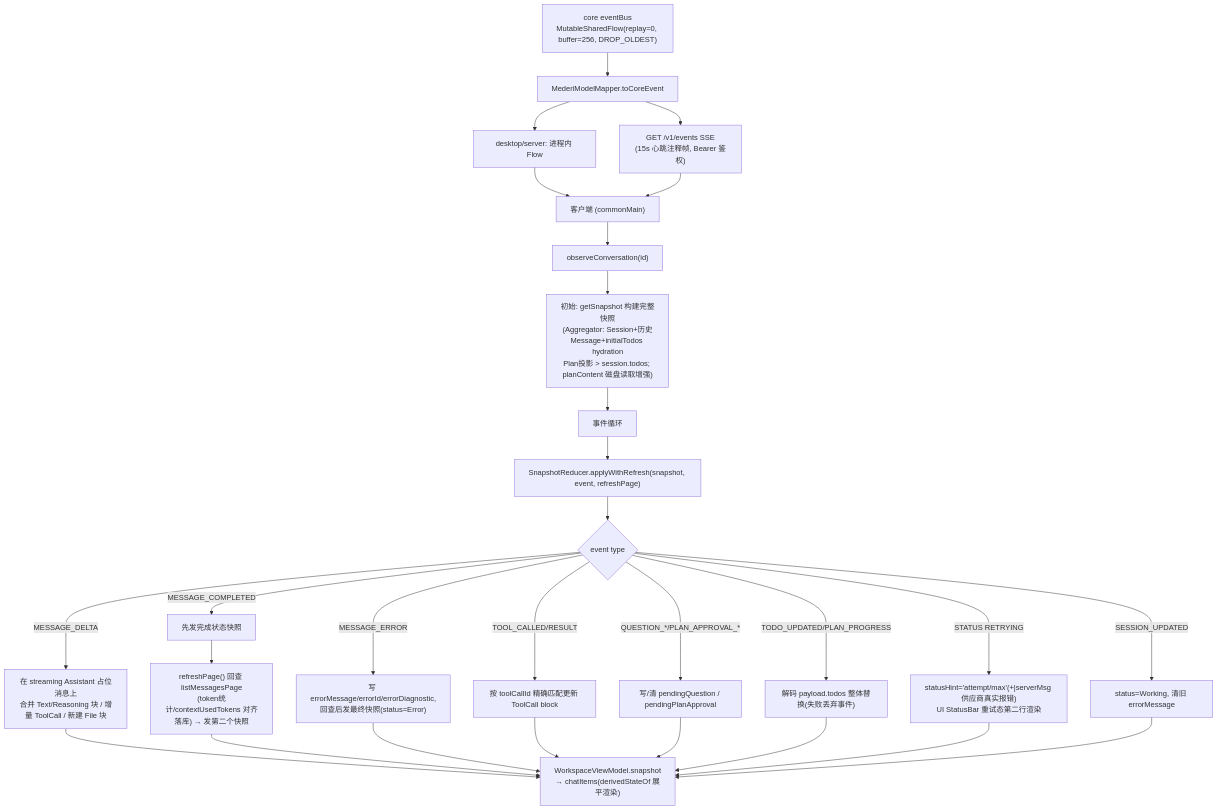
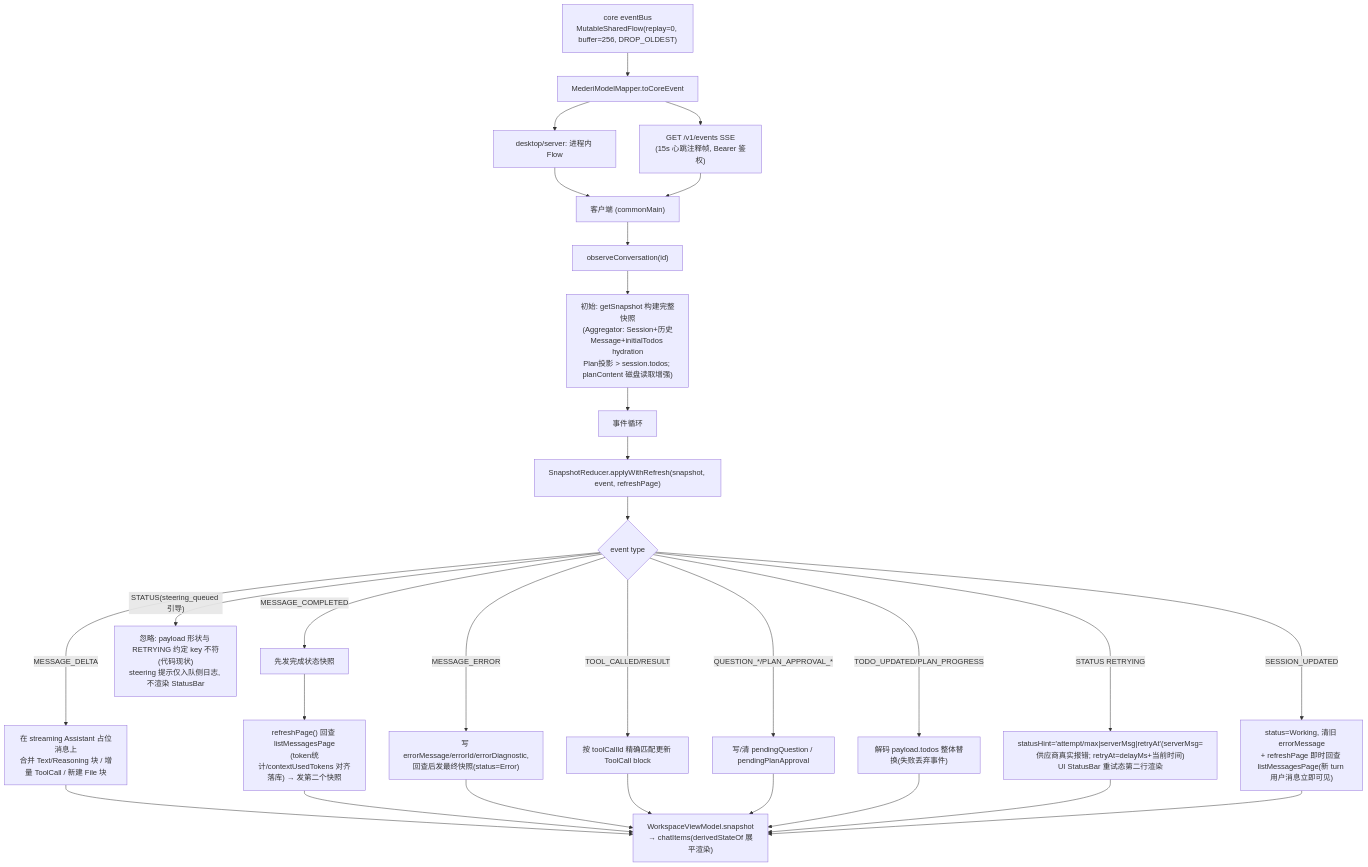
The fourth of 18 diagrams in docs/architecture/04-flows.md (lzdev42/mederi), drawn with Mermaid before and after one commit. The commit also changed other lines of this file and 75 other files, not shown here.

````diff
--- a/docs/architecture/04-flows.md
+++ b/docs/architecture/04-flows.md
@@ -98,22 +145,23 @@
 ```mermaid
 flowchart TD
     EB["core eventBus<br/>MutableSharedFlow(replay=0, buffer=256, DROP_OLDEST)"] --> MAP["MederiModelMapper.toCoreEvent"]
     MAP --> CH1["desktop/server: 进程内 Flow"]
     MAP --> CH2["GET /v1/events SSE<br/>(15s 心跳注释帧, Bearer 鉴权)"]
     CH1 & CH2 --> CLIENT["客户端 (commonMain)"]
     CLIENT --> OB["observeConversation(id)"]
     OB --> INIT["初始: getSnapshot 构建完整快照<br/>(Aggregator: Session+历史Message+initialTodos hydration<br/>Plan投影 > session.todos; planContent 磁盘读取增强)"]
     INIT --> LOOP
     LOOP["事件循环"] --> SR["SnapshotReducer.applyWithRefresh(snapshot, event, refreshPage)"]
     SR --> SW{"event type"}
     SW -- "MESSAGE_DELTA" --> D["在 streaming Assistant 占位消息上<br/>合并 Text/Reasoning 块 / 增量 ToolCall / 新建 File 块"]
     SW -- "MESSAGE_COMPLETED" --> C1["先发完成状态快照"]
     C1 --> C2["refreshPage() 回查 listMessagesPage<br/>(token统计/contextUsedTokens 对齐落库) → 发第二个快照"]
     SW -- "MESSAGE_ERROR" --> ER["写 errorMessage/errorId/errorDiagnostic,<br/>回查后发最终快照(status=Error)"]
     SW -- "TOOL_CALLED/RESULT" --> TO["按 toolCallId 精确匹配更新 ToolCall block"]
     SW -- "QUESTION_*/PLAN_APPROVAL_*" --> PE["写/清 pendingQuestion / pendingPlanApproval"]
     SW -- "TODO_UPDATED/PLAN_PROGRESS" --> TD["解码 payload.todos 整体替换(失败丢弃事件)"]
-    SW -- "STATUS RETRYING" --> ST["statusHint='attempt/max'(+|serverMsg 供应商真实报错)<br/>UI StatusBar 重试态第二行渲染"]
-    SW -- "SESSION_UPDATED" --> SU["status=Working, 清旧 errorMessage"]
+    SW -- "STATUS RETRYING" --> ST["statusHint='attempt/max|serverMsg|retryAt'(serverMsg=供应商真实报错; retryAt=delayMs+当前时间)<br/>UI StatusBar 重试态第二行渲染"]
+    SW -- "SESSION_UPDATED" --> SU["status=Working, 清旧 errorMessage<br/>+ refreshPage 即时回查 listMessagesPage(新 turn 用户消息立即可见)"]
+    SW -- "STATUS(steering_queued 引导)" --> SIG["忽略: payload 形状与 RETRYING 约定 key 不符(代码现状)<br/>steering 提示仅入队侧日志, 不渲染 StatusBar"]
     D & C2 & ER & TO & PE & TD & ST & SU --> UI["WorkspaceViewModel.snapshot<br/>→ chatItems(derivedStateOf 展平渲染)"]
 ```
````
